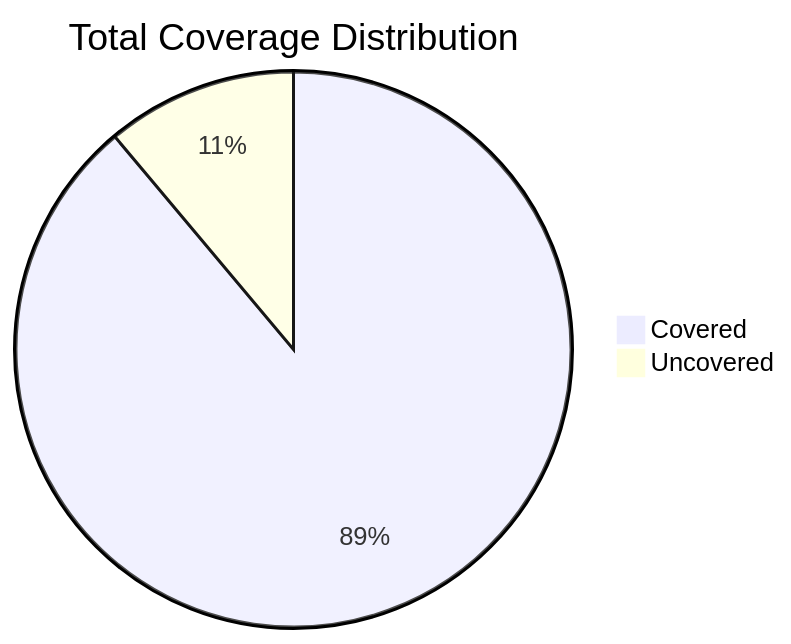
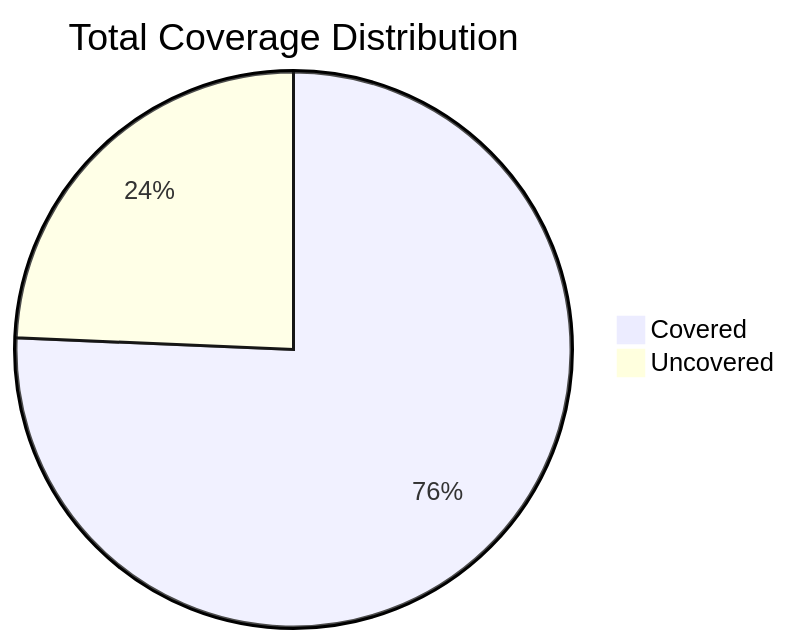
Before and after one commit to nurdwerks/jules-gemini3-chess-engine: the fourth of 6 diagrams in COVERAGE_REPORT.md, drawn with Mermaid. The commit also changed other lines of this file and 9 other files, not shown here.

````diff
--- a/COVERAGE_REPORT.md
+++ b/COVERAGE_REPORT.md
@@ -313,5 +521,5 @@
 ```mermaid
 pie title Total Coverage Distribution
-    "Covered" : 88.89
-    "Uncovered" : 11.11
+    "Covered" : 75.67
+    "Uncovered" : 24.33
 ```
````
